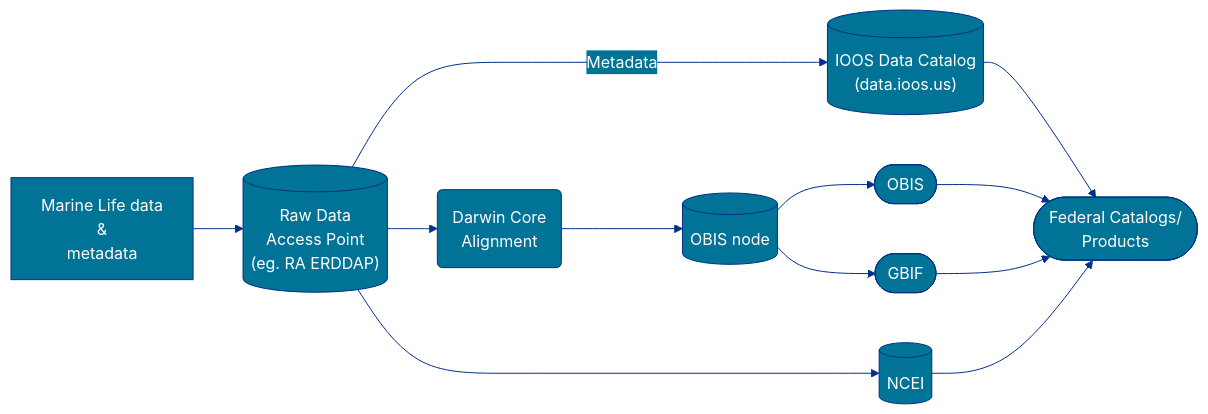
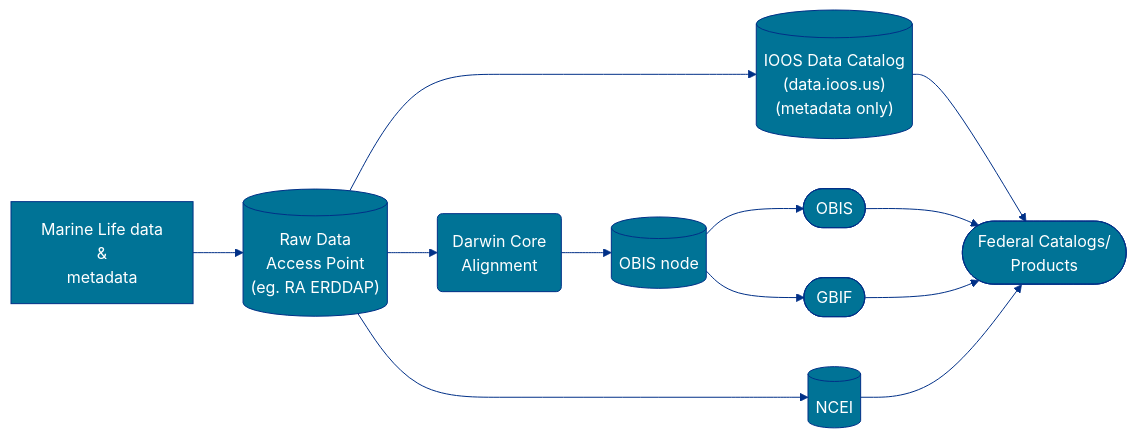
One commit to ioos/mbon-docs changed the diagram in _docs/use-case.md. Above: the diagram before and after it, drawn with Mermaid.

````diff
--- a/_docs/use-case.md
+++ b/_docs/use-case.md
@@ -21,70 +21,71 @@
 ```mermaid
 %%{
   init: {
     'theme': 'base',
     'themeVariables': {
       'primaryColor': '#007396',
       'primaryTextColor': '#fff',
       'primaryBorderColor': '#003087',
       'lineColor': '#003087',
       'secondaryColor': '#007396',
       'tertiaryColor': '#CCD1D1'
     },
    'flowchart': { 'curve': 'basis' }
   }
 }%%
 
 flowchart LR
 
 A["Marine Life data 
 & 
 metadata"] 
 
 B[("Raw Data 
 Access Point
 (eg. RA ERDDAP)")]
 
 C("Darwin Core
 Alignment")
 
 D[(NCEI)]
 
 E[("OBIS node")]
 
 G([OBIS])
 
 H([GBIF])
 
 I[("IOOS Data Catalog
-(data.ioos.us)")]
+(data.ioos.us)
+(metadata only)")]
 
 FC(["Federal Catalogs/
 Products"])
 
 
 A --> B
-B -- Metadata --> I
+B ---> I
 B --> C
 B --> D
 
 C --> E
 E --> G
 E --> H
 
 I --> FC
 
 G --> FC
 H --> FC
 
 
 D --> FC
 
 click B "http://www.neracoos.org/erddap/tabledap/WBTS_CFIN_2004_2017.html" "NERACOOS ERDDAP" _blank
 click C "https://github.com/ioos/bio_data_guide/issues/102" "Data standardization" _blank
 click D "https://www.ncei.noaa.gov/access/metadata/landing-page/bin/iso?id=gov.noaa.nodc:0250940" "NCEI" _blank
 click E "https://www1.usgs.gov/obis-usa/ipt/resource?r=gom_wbts_mesozooplankton" "OBIS-USA IPT" _blank
 click G "https://obis.org/dataset/5ef55cd8-05a1-4569-8e17-ceb224e40f59" "OBIS" _blank
 click H "https://www.gbif.org/dataset/29651377-23c8-4f45-b439-693a1a23cee1" "GBIF" _blank
 click I "htpps://data.ioos.us" "IOOS Catalog" _blank
 click FC "https://data.noaa.gov/onestop/collections/details/55309a04-8383-42ff-b2fe-ab3497431756" "OneStop" _blank
 ```
````
